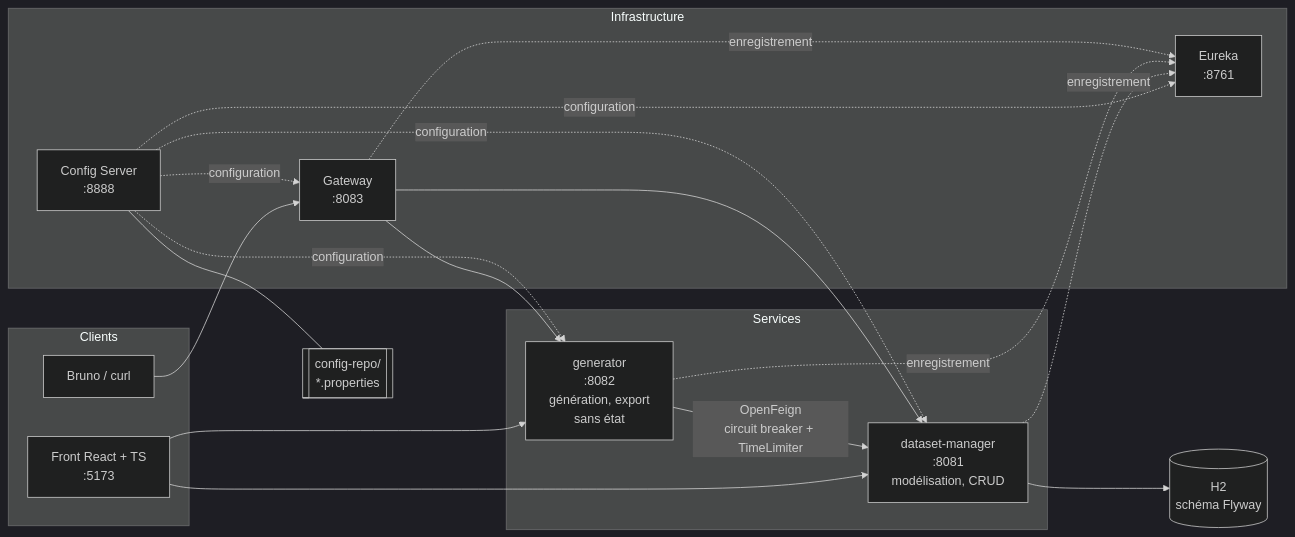
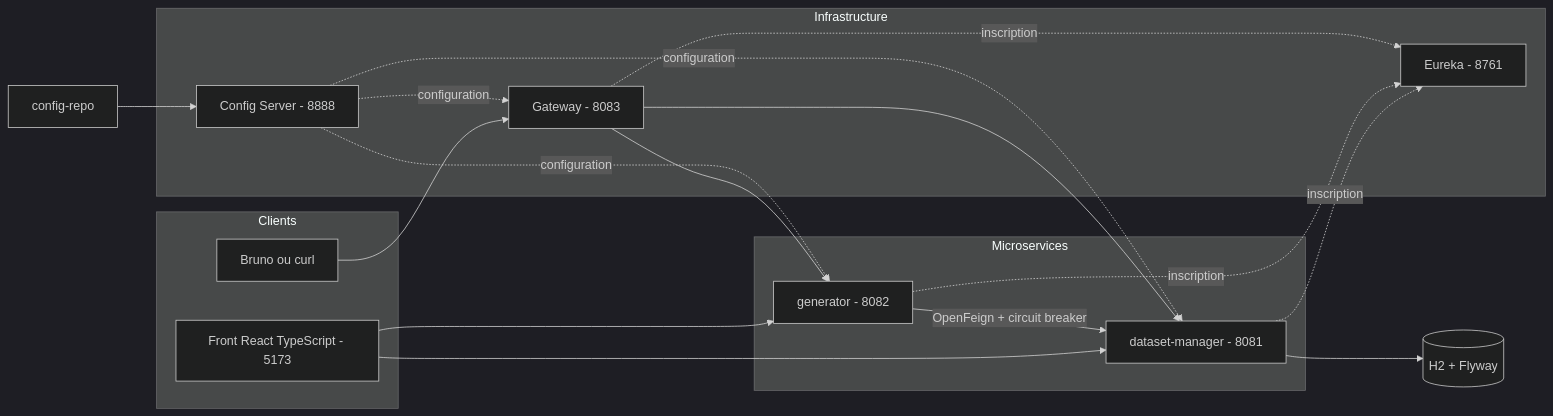
Before and after one commit to MamitianaRak/dataset-generator: the first of 4 diagrams in README.md, drawn with Mermaid (dark theme).

Commit message:
docs: rewrite the architecture diagram in plain Mermaid syntax so GitHub renders it

````diff
--- a/README.md
+++ b/README.md
@@ -49,32 +49,36 @@
 ```mermaid
 flowchart LR
-    subgraph Clients
-        UI["Front React + TS<br/>:5173"]
-        API["Bruno / curl"]
+    subgraph clients [Clients]
+        ui[Front React TypeScript - 5173]
+        bruno[Bruno ou curl]
     end
 
-    subgraph Infrastructure
-        CFG["Config Server<br/>:8888"]
-        EUR["Eureka<br/>:8761"]
-        GW["Gateway<br/>:8083"]
+    subgraph infra [Infrastructure]
+        config[Config Server - 8888]
+        eureka[Eureka - 8761]
+        gateway[Gateway - 8083]
     end
 
-    subgraph Services
-        MGR["dataset-manager<br/>:8081<br/>modélisation, CRUD"]
-        GEN["generator<br/>:8082<br/>génération, export<br/>sans état"]
+    subgraph services [Microservices]
+        manager[dataset-manager - 8081]
+        generator[generator - 8082]
     end
 
-    DB[("H2<br/>schéma Flyway")]
-    REPO[["config-repo/<br/>*.properties"]]
+    db[(H2 + Flyway)]
+    repo[config-repo]
 
-    UI --> MGR
-    UI --> GEN
-    API --> GW
-    GW --> MGR
-    GW --> GEN
-    GEN -- "OpenFeign<br/>circuit breaker + TimeLimiter" --> MGR
-    MGR --> DB
-    CFG --- REPO
-    CFG -. configuration .-> MGR & GEN & GW & EUR
-    MGR & GEN & GW -. enregistrement .-> EUR
+    ui --> manager
+    ui --> generator
+    bruno --> gateway
+    gateway --> manager
+    gateway --> generator
+    generator -->|OpenFeign + circuit breaker| manager
+    manager --> db
+    repo --> config
+    config -.->|configuration| manager
+    config -.->|configuration| generator
+    config -.->|configuration| gateway
+    manager -.->|inscription| eureka
+    generator -.->|inscription| eureka
+    gateway -.->|inscription| eureka
 ```
````
